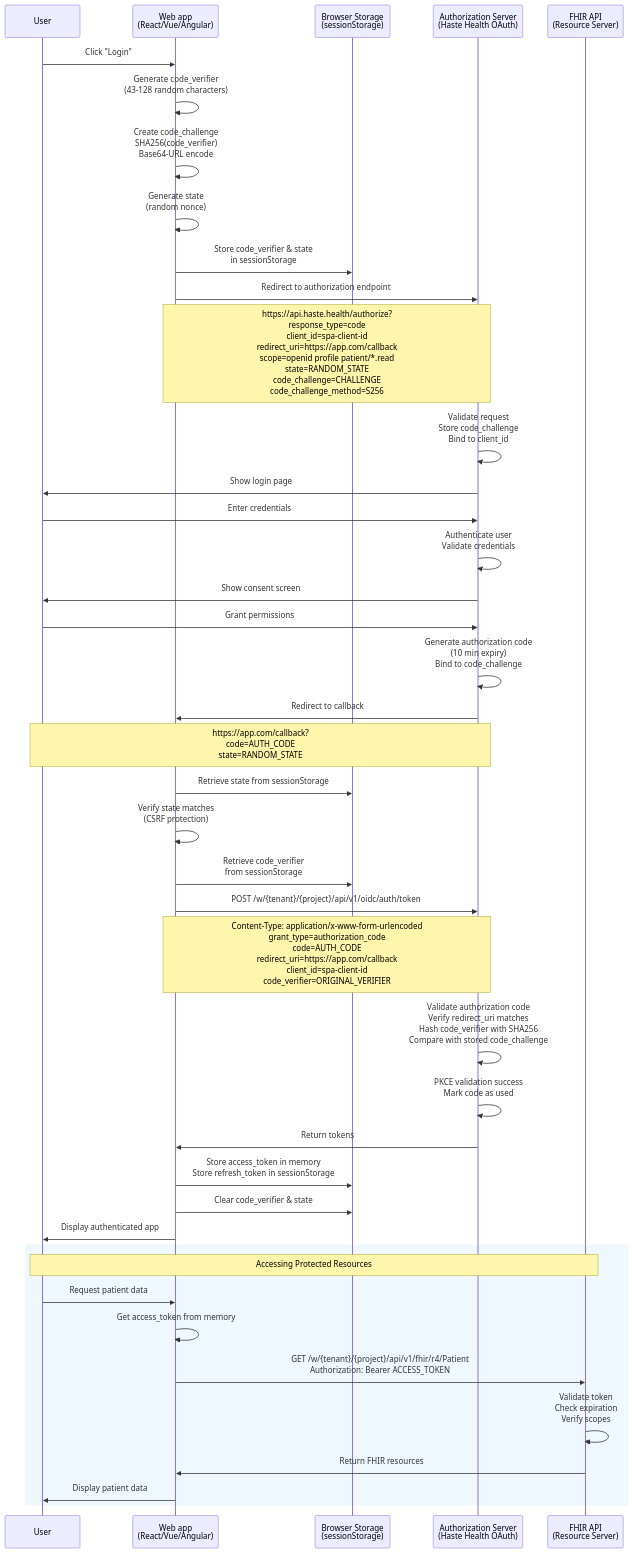
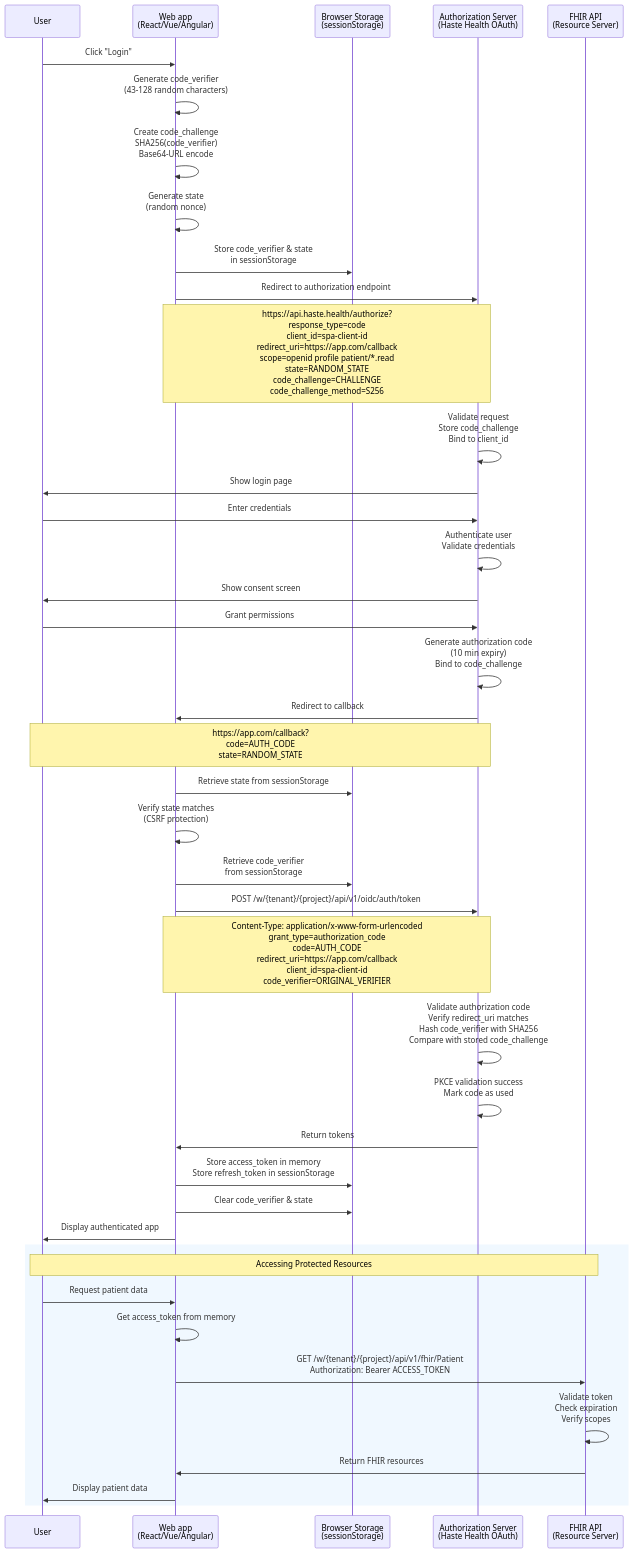
Before and after one commit to HasteHealth/HasteHealth: the diagram in frontend/packages/website/docs/auth/authentication/grant_types/authorization_code.mdx, drawn with Mermaid. The commit also changed other lines of this file and 40 other files, not shown here.

````diff
--- a/frontend/packages/website/docs/auth/authentication/grant_types/authorization_code.mdx
+++ b/frontend/packages/website/docs/auth/authentication/grant_types/authorization_code.mdx
@@ -29,74 +29,74 @@
 ```mermaid
 sequenceDiagram
     participant User
     participant SPA as Web app<br/>(React/Vue/Angular)
     participant Browser as Browser Storage<br/>(sessionStorage)
     participant AuthServer as Authorization Server<br/>(Haste Health OAuth)
     participant API as FHIR API<br/>(Resource Server)
 
     User->>SPA: Click "Login"
     
     SPA->>SPA: Generate code_verifier<br/>(43-128 random characters)
     SPA->>SPA: Create code_challenge<br/>SHA256(code_verifier)<br/>Base64-URL encode
     SPA->>SPA: Generate state<br/>(random nonce)
     
     SPA->>Browser: Store code_verifier & state<br/>in sessionStorage
     
     SPA->>AuthServer: Redirect to authorization endpoint
     Note over SPA,AuthServer: https://api.haste.health/authorize?<br/>response_type=code<br/>client_id=spa-client-id<br/>redirect_uri=https://app.com/callback<br/>scope=openid profile patient/*.read<br/>state=RANDOM_STATE<br/>code_challenge=CHALLENGE<br/>code_challenge_method=S256
     
 
     
     AuthServer->>AuthServer: Validate request<br/>Store code_challenge<br/>Bind to client_id
     
     AuthServer->>User: Show login page
     
     User->>AuthServer: Enter credentials
     
     AuthServer->>AuthServer: Authenticate user<br/>Validate credentials
     
     AuthServer->>User: Show consent screen
     
     User->>AuthServer: Grant permissions
     
     AuthServer->>AuthServer: Generate authorization code<br/>(10 min expiry)<br/>Bind to code_challenge
     
     AuthServer->>SPA: Redirect to callback
     Note over AuthServer,User: https://app.com/callback?<br/>code=AUTH_CODE<br/>state=RANDOM_STATE
     
     
     SPA->>Browser: Retrieve state from sessionStorage
     SPA->>SPA: Verify state matches<br/>(CSRF protection)
     
     SPA->>Browser: Retrieve code_verifier<br/>from sessionStorage
     
     SPA->>AuthServer: POST /w/{tenant}/{project}/api/v1/oidc/auth/token
     Note over SPA,AuthServer: Content-Type: application/x-www-form-urlencoded<br/>grant_type=authorization_code<br/>code=AUTH_CODE<br/>redirect_uri=https://app.com/callback<br/>client_id=spa-client-id<br/>code_verifier=ORIGINAL_VERIFIER
     
     AuthServer->>AuthServer: Validate authorization code<br/>Verify redirect_uri matches<br/>Hash code_verifier with SHA256<br/>Compare with stored code_challenge
     
     AuthServer->>AuthServer: PKCE validation success<br/>Mark code as used
     
     AuthServer->>SPA: Return tokens
     
     SPA->>Browser: Store access_token in memory<br/>Store refresh_token in sessionStorage
     SPA->>Browser: Clear code_verifier & state
     
     SPA->>User: Display authenticated app
     
     rect rgb(240, 248, 255)
         Note over User,API: Accessing Protected Resources
         
         User->>SPA: Request patient data
         
         SPA->>SPA: Get access_token from memory
         
-        SPA->>API: GET /w/{tenant}/{project}/api/v1/fhir/r4/Patient<br/>Authorization: Bearer ACCESS_TOKEN
+        SPA->>API: GET /w/{tenant}/{project}/api/v1/fhir/Patient<br/>Authorization: Bearer ACCESS_TOKEN
         
         API->>API: Validate token<br/>Check expiration<br/>Verify scopes
         
         API->>SPA: Return FHIR resources
         
         SPA->>User: Display patient data
     end
 ```
````
